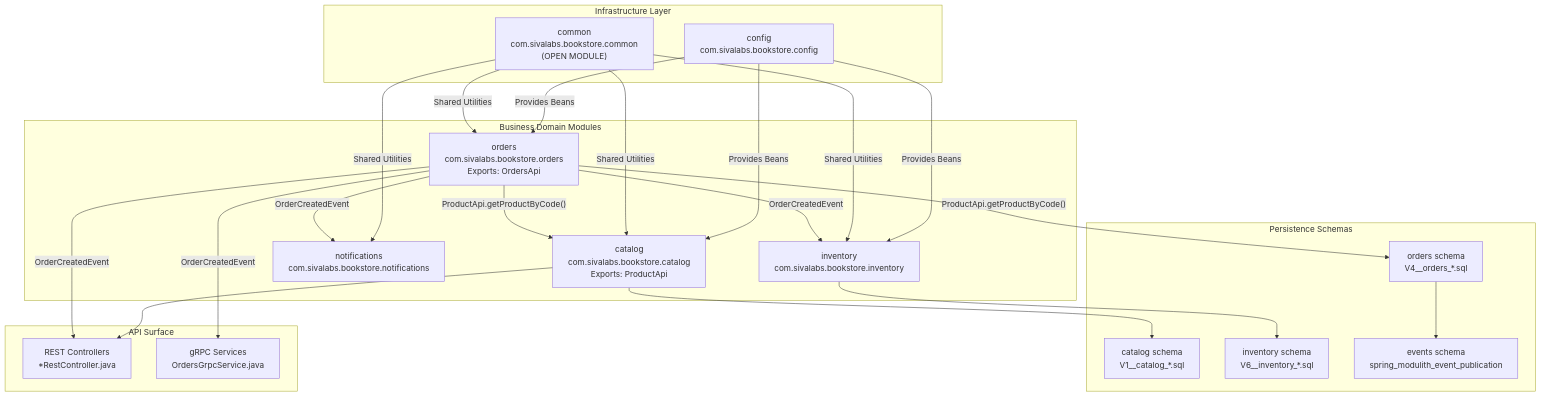
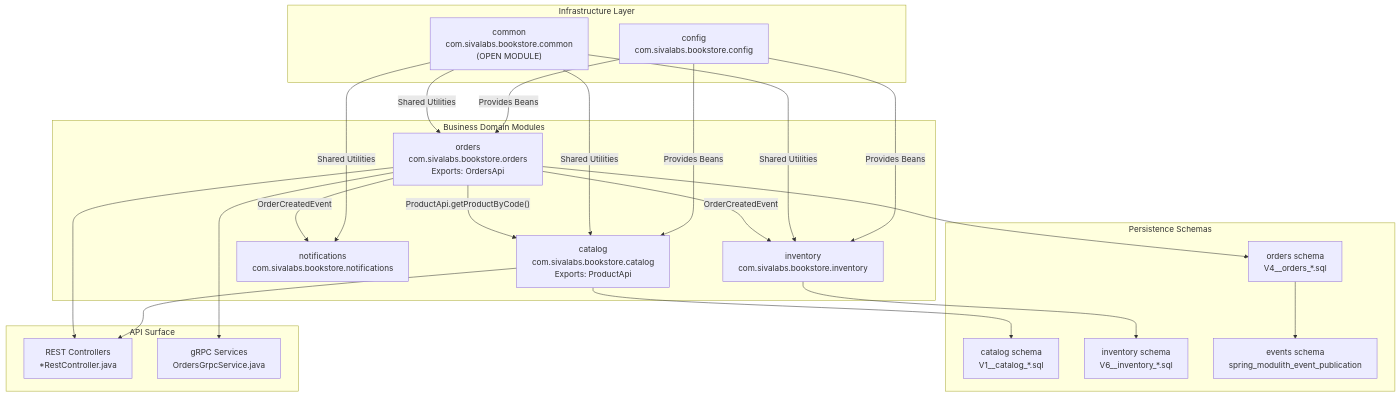
Before and after one commit to philipz/spring-modular-monolith: the first of 5 diagrams in docs/deepwiki/Overview.md, drawn with Mermaid. The commit also changed other lines of this file and 32 other files, not shown here.

````diff
--- a/docs/deepwiki/Overview.md
+++ b/docs/deepwiki/Overview.md
@@ -52,58 +52,58 @@
 ```mermaid
 flowchart TD
 
 config["config<br>com.sivalabs.bookstore.config"]
 common["common<br>com.sivalabs.bookstore.common<br>(OPEN MODULE)"]
 catalog["catalog<br>com.sivalabs.bookstore.catalog<br>Exports: ProductApi"]
 orders["orders<br>com.sivalabs.bookstore.orders<br>Exports: OrdersApi"]
 inventory["inventory<br>com.sivalabs.bookstore.inventory"]
 notifications["notifications<br>com.sivalabs.bookstore.notifications"]
 catalogSchema["catalog schema<br>V1__catalog_*.sql"]
 ordersSchema["orders schema<br>V4__orders_*.sql"]
 inventorySchema["inventory schema<br>V6__inventory_*.sql"]
 eventsSchema["events schema<br>spring_modulith_event_publication"]
 rest["REST Controllers<br>*RestController.java"]
 grpc["gRPC Services<br>OrdersGrpcService.java"]
 
 config -->|"Provides Beans"| catalog
 config -->|"Provides Beans"| orders
 config -->|"Provides Beans"| inventory
 common -->|"Shared Utilities"| catalog
 common -->|"Shared Utilities"| orders
 common -->|"Shared Utilities"| inventory
 common -->|"Shared Utilities"| notifications
 catalog --> catalogSchema
-orders -->|"ProductApi.getProductByCode()"| ordersSchema
+orders --> ordersSchema
 inventory --> inventorySchema
 catalog --> rest
-orders -->|"OrderCreatedEvent"| rest
-orders -->|"OrderCreatedEvent"| grpc
+orders --> rest
+orders --> grpc
 
 subgraph subGraph3 ["API Surface"]
     rest
     grpc
 end
 
 subgraph subGraph2 ["Persistence Schemas"]
     catalogSchema
     ordersSchema
     inventorySchema
     eventsSchema
     ordersSchema --> eventsSchema
 end
 
 subgraph subGraph1 ["Business Domain Modules"]
     catalog
     orders
     inventory
     notifications
     orders -->|"ProductApi.getProductByCode()"| catalog
     orders -->|"OrderCreatedEvent"| inventory
     orders -->|"OrderCreatedEvent"| notifications
 end
 
 subgraph subGraph0 ["Infrastructure Layer"]
     config
     common
 end
 ```
````
